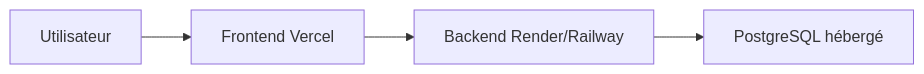
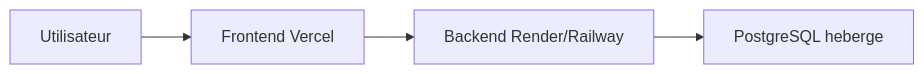
The diagram in docs/deployment.md (Seypherr/FilRougeAbonnement), drawn with Mermaid before and after one commit. The commit also changed other lines of this file and 40 other files, not shown here.

````diff
--- a/docs/deployment.md
+++ b/docs/deployment.md
@@ -15,6 +15,6 @@
 ```mermaid
 flowchart LR
   User["Utilisateur"] --> Vercel["Frontend Vercel"]
   Vercel --> Api["Backend Render/Railway"]
-  Api --> Db["PostgreSQL hébergé"]
+  Api --> Db["PostgreSQL heberge"]
 ```
````
